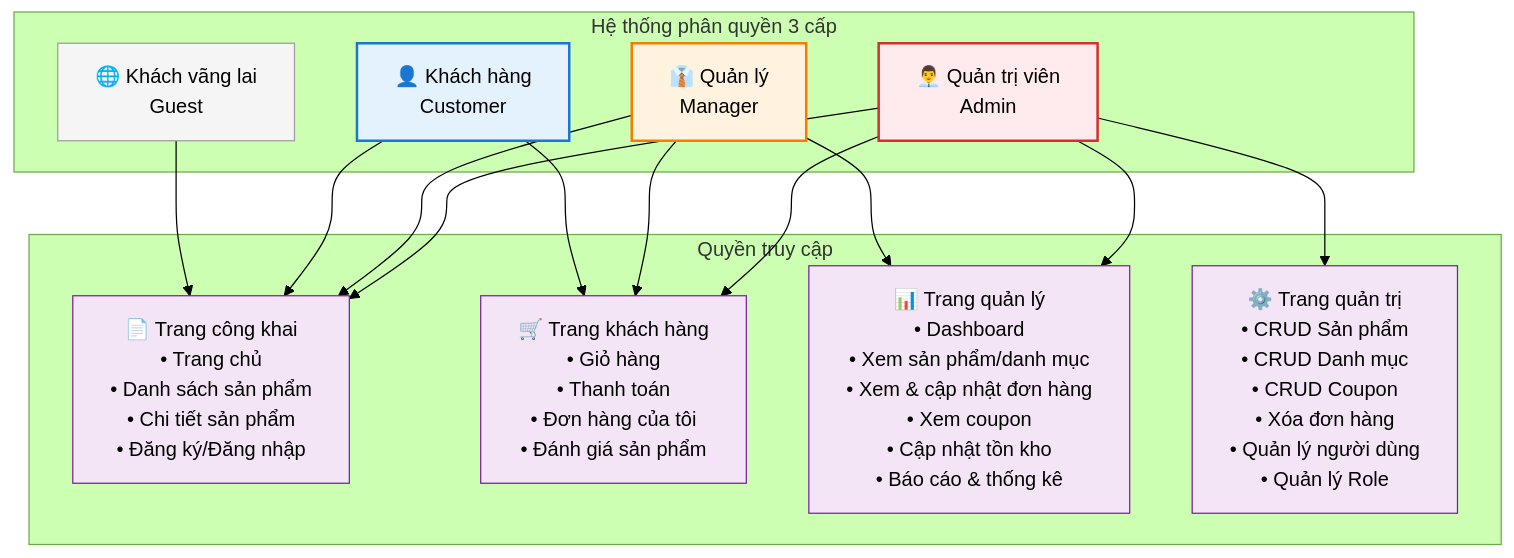
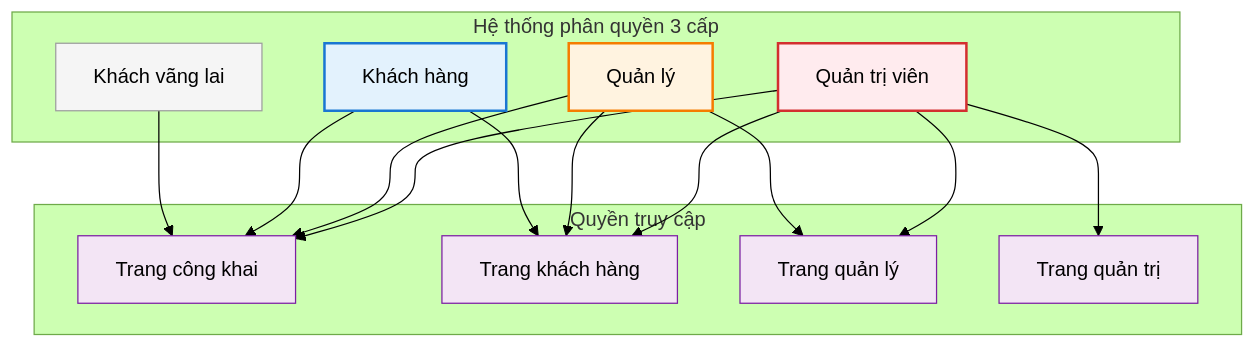
Diagram 14 of 15 in docs/COMPLETE_USE_CASES.md (vinhhoang04cp/webshop), drawn with Mermaid (forest theme) before and after one commit. The commit also changed other lines of this file, not shown here.

````diff
--- a/docs/COMPLETE_USE_CASES.md
+++ b/docs/COMPLETE_USE_CASES.md
@@ -1145,42 +1145,39 @@
 ```mermaid
 graph TB
     subgraph "Hệ thống phân quyền 3 cấp"
-        Guest[🌐 Khách vãng lai<br/>Guest]
-        Customer[👤 Khách hàng<br/>Customer]
-        Manager[👔 Quản lý<br/>Manager]
-        Admin[👨‍💼 Quản trị viên<br/>Admin]
+        Guest[Khách vãng lai]
+        Customer[Khách hàng]
+        Manager[Quản lý]
+        Admin[Quản trị viên]
     end
     
     subgraph "Quyền truy cập"
-        PublicPages[📄 Trang công khai<br/>• Trang chủ<br/>• Danh sách sản phẩm<br/>• Chi tiết sản phẩm<br/>• Đăng ký/Đăng nhập]
-        
-        CustomerPages[🛒 Trang khách hàng<br/>• Giỏ hàng<br/>• Thanh toán<br/>• Đơn hàng của tôi<br/>• Đánh giá sản phẩm]
-        
-        ManagerPages[📊 Trang quản lý<br/>• Dashboard<br/>• Xem sản phẩm/danh mục<br/>• Xem & cập nhật đơn hàng<br/>• Xem coupon<br/>• Cập nhật tồn kho<br/>• Báo cáo & thống kê]
-        
-        AdminPages[⚙️ Trang quản trị<br/>• CRUD Sản phẩm<br/>• CRUD Danh mục<br/>• CRUD Coupon<br/>• Xóa đơn hàng<br/>• Quản lý người dùng<br/>• Quản lý Role]
+        PublicPages[Trang công khai]
+        CustomerPages[Trang khách hàng]
+        ManagerPages[Trang quản lý]
+        AdminPages[Trang quản trị]
     end
     
     Guest --> PublicPages
     Customer --> PublicPages
     Customer --> CustomerPages
     Manager --> PublicPages
     Manager --> CustomerPages
     Manager --> ManagerPages
     Admin --> PublicPages
     Admin --> CustomerPages
     Admin --> ManagerPages
     Admin --> AdminPages
     
     classDef guest fill:#f5f5f5,stroke:#9e9e9e,stroke-width:1px
     classDef customer fill:#e3f2fd,stroke:#1976d2,stroke-width:2px
     classDef manager fill:#fff3e0,stroke:#f57c00,stroke-width:2px
     classDef admin fill:#ffebee,stroke:#d32f2f,stroke-width:2px
     classDef pages fill:#f3e5f5,stroke:#7b1fa2,stroke-width:1px
     
     class Guest guest
     class Customer customer
     class Manager manager
     class Admin admin
     class PublicPages,CustomerPages,ManagerPages,AdminPages pages
 ```
````
